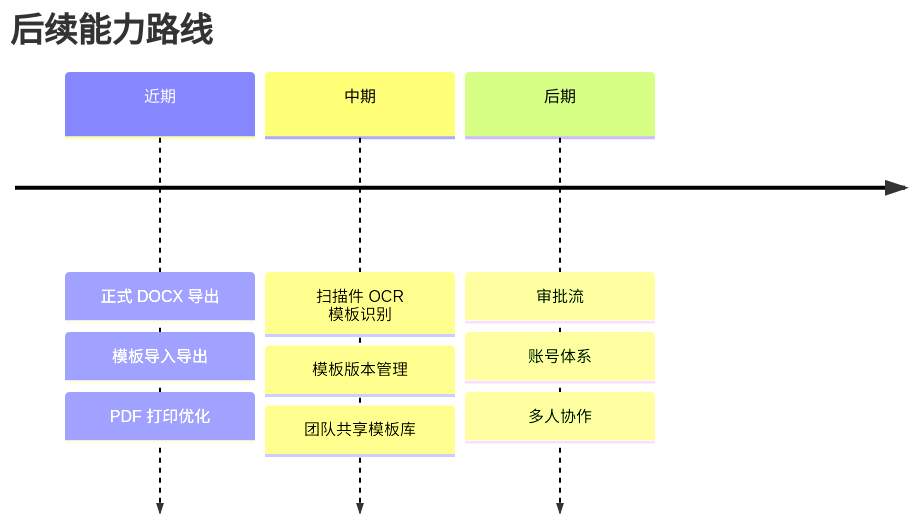
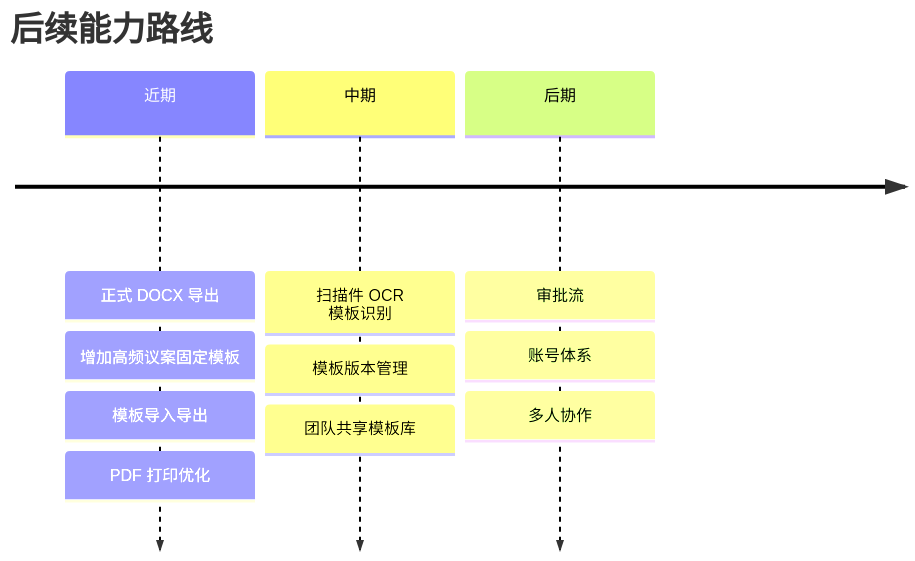
The fourth of 4 diagrams in README.md (wym671222-cyber/proposal-writer-demo), drawn with Mermaid before and after one commit. The commit also changed other lines of this file, not shown here.

Commit message:
docs: add high-frequency proposal templates roadmap

````diff
--- a/README.md
+++ b/README.md
@@ -379,13 +379,14 @@
 ```mermaid
 timeline
   title 后续能力路线
   近期 : 正式 DOCX 导出
+       : 增加高频议案固定模板
        : 模板导入导出
        : PDF 打印优化
   中期 : 扫描件 OCR 模板识别
        : 模板版本管理
        : 团队共享模板库
   后期 : 审批流
        : 账号体系
        : 多人协作
 ```
````
